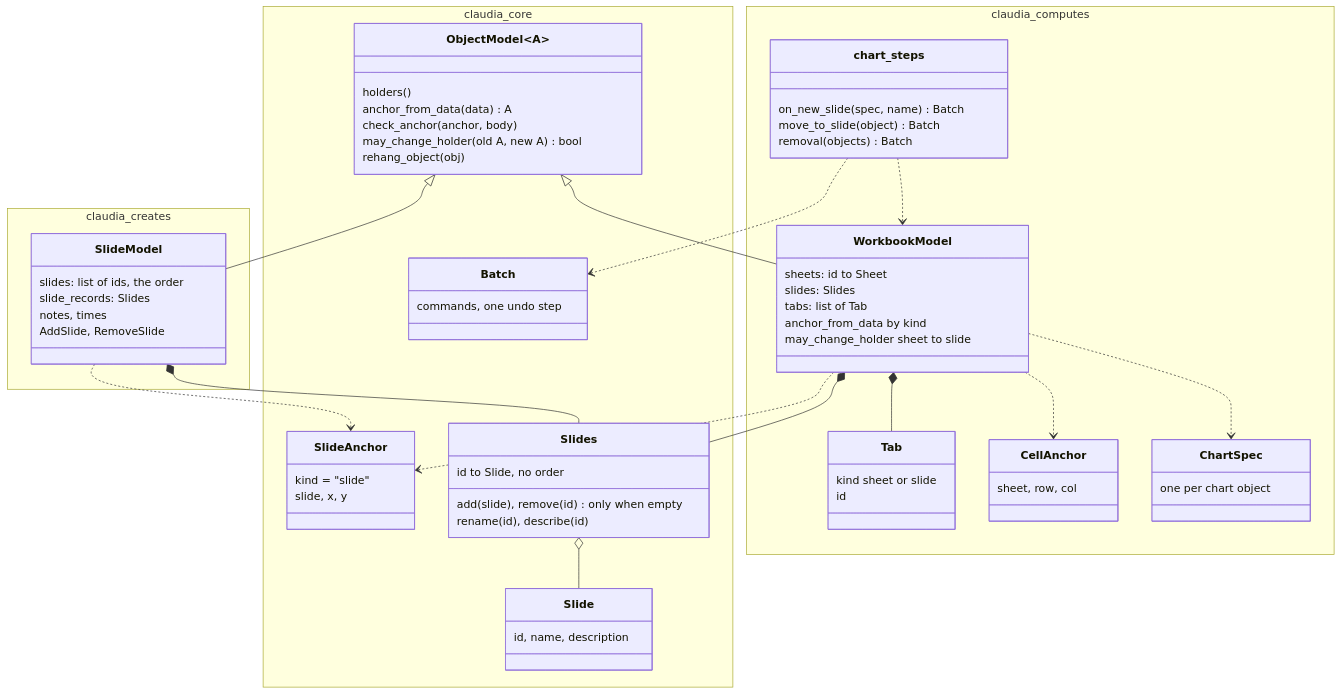
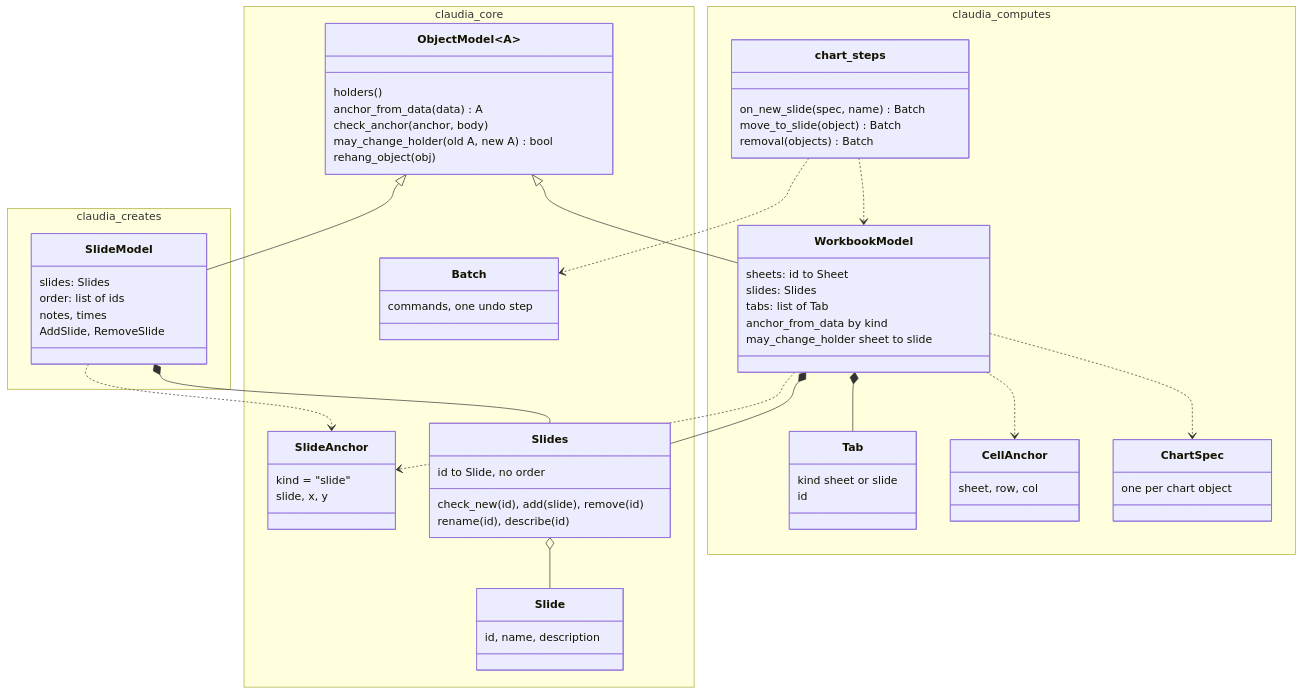
One commit to claudiaoffice/claudia changed the first of 2 diagrams in claudiaoffice-log/notes/e6-31-slides-in-computes.md. Above: the diagram before and after it, drawn with Mermaid. The commit also changed other lines of this file and 26 other files, not shown here.

````diff
--- a/claudiaoffice-log/notes/e6-31-slides-in-computes.md
+++ b/claudiaoffice-log/notes/e6-31-slides-in-computes.md
@@ -29,72 +29,72 @@
 ```mermaid
 classDiagram
 direction TB
 namespace claudia_core {
   class ObjectModel~A~ {
     holders()
     anchor_from_data(data) A
     check_anchor(anchor, body)
     may_change_holder(old A, new A) bool
     rehang_object(obj)
   }
   class SlideAnchor {
     kind = "slide"
     slide, x, y
   }
   class Slides {
     id to Slide, no order
-    add(slide), remove(id) only when empty
+    check_new(id), add(slide), remove(id)
     rename(id), describe(id)
   }
   class Slide {
     id, name, description
   }
   class Batch {
     commands, one undo step
   }
 }
 namespace claudia_creates {
   class SlideModel {
-    slides: list of ids, the order
-    slide_records: Slides
+    slides: Slides
+    order: list of ids
     notes, times
     AddSlide, RemoveSlide
   }
 }
 namespace claudia_computes {
   class WorkbookModel {
     sheets: id to Sheet
     slides: Slides
     tabs: list of Tab
     anchor_from_data by kind
     may_change_holder sheet to slide
   }
   class Tab {
     kind sheet or slide
     id
   }
   class CellAnchor {
     sheet, row, col
   }
   class chart_steps {
     on_new_slide(spec, name) Batch
     move_to_slide(object) Batch
     removal(objects) Batch
   }
   class ChartSpec {
     one per chart object
   }
 }
 ObjectModel <|-- SlideModel
 ObjectModel <|-- WorkbookModel
 SlideModel *-- Slides
 WorkbookModel *-- Slides
 WorkbookModel *-- Tab
 Slides o-- Slide
 SlideModel ..> SlideAnchor
 WorkbookModel ..> SlideAnchor
 WorkbookModel ..> CellAnchor
 chart_steps ..> WorkbookModel
 chart_steps ..> Batch
 WorkbookModel ..> ChartSpec
 ```
````
